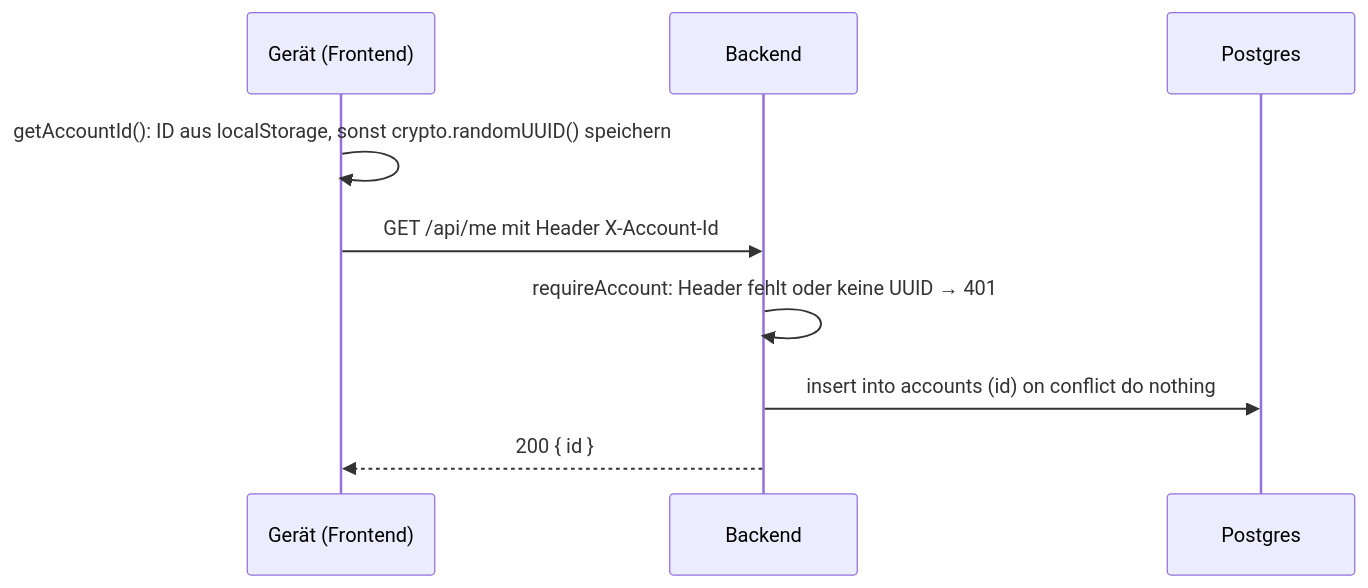
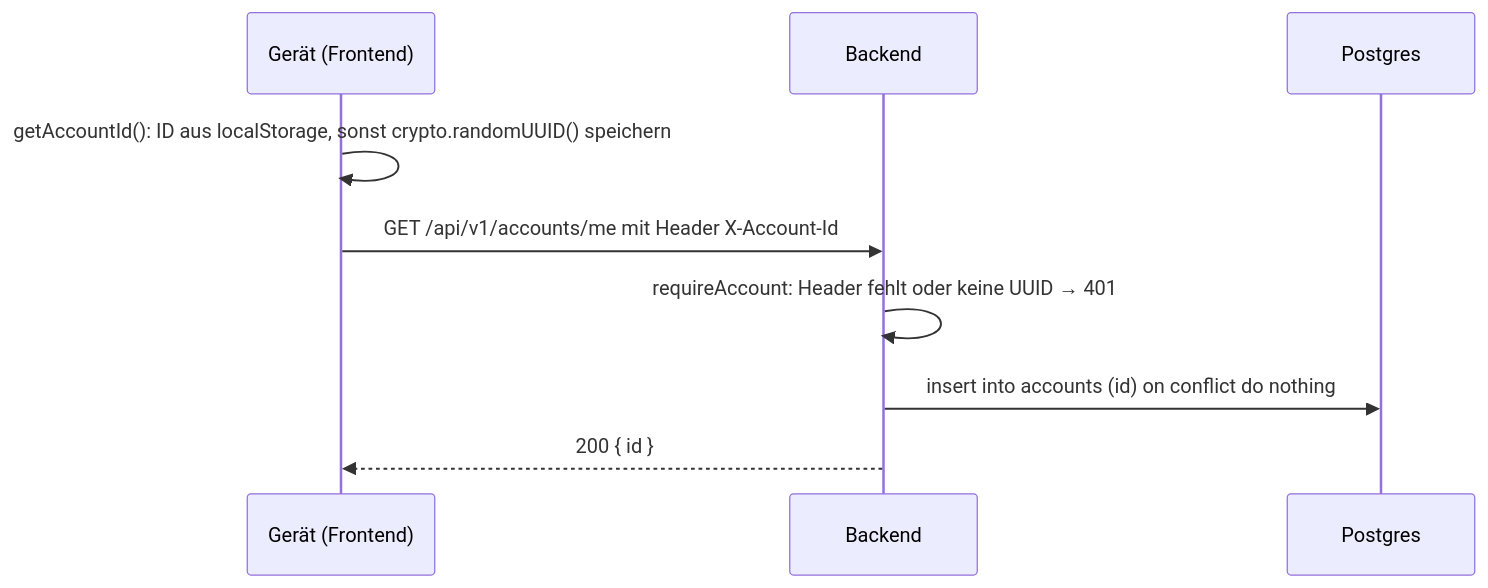
One commit to SDF-WISE-26/helthTW changed the diagram in apps/backend/doku/konto.md. Above: the diagram before and after it, drawn with Mermaid. The commit also changed other lines of this file and 9 other files, not shown here.

````diff
--- a/apps/backend/doku/konto.md
+++ b/apps/backend/doku/konto.md
@@ -7,11 +7,11 @@
 ```mermaid
 sequenceDiagram
   participant G as Gerät (Frontend)
   participant B as Backend
   participant DB as Postgres
   G->>G: getAccountId(): ID aus localStorage, sonst crypto.randomUUID() speichern
-  G->>B: GET /api/me mit Header X-Account-Id
+  G->>B: GET /api/v1/accounts/me mit Header X-Account-Id
   B->>B: requireAccount: Header fehlt oder keine UUID → 401
   B->>DB: insert into accounts (id) on conflict do nothing
   B-->>G: 200 { id }
 ```
````
